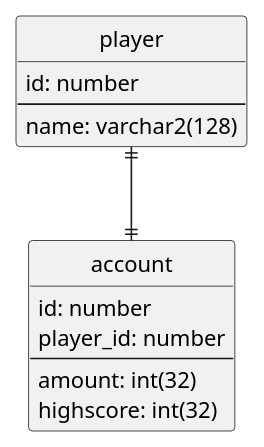
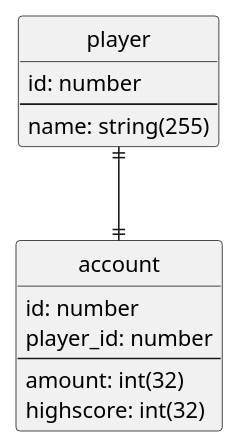
Before and after one commit to pebe22-bth/mvc: the diagram in templates/blackjack/class_diagram/Player.puml, drawn with PlantUML. The commit also changed 28 other files, not shown here.

```diff
--- a/templates/blackjack/class_diagram/Player.puml
+++ b/templates/blackjack/class_diagram/Player.puml
@@ -1,22 +1,22 @@
 @startuml Player
 
 ' configuration
 hide circle
 skinparam linetype ortho
 
 ' comment
 entity "player" as player {
  id: number
  --
- name: varchar2(128)
+ name: string(255)
 }
 entity "account" as account {
  id: number
  player_id: number
  --
  amount: int(32)
  highscore: int(32)
 }
 player ||--|| account
 
 @enduml
```
